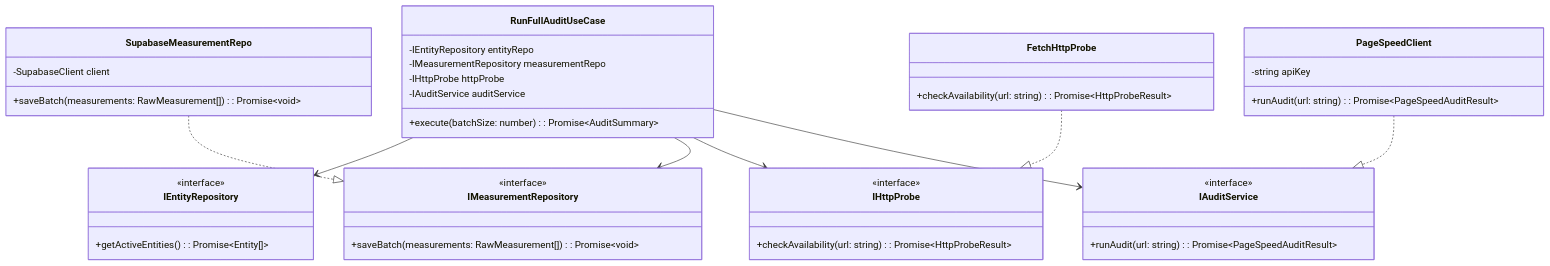
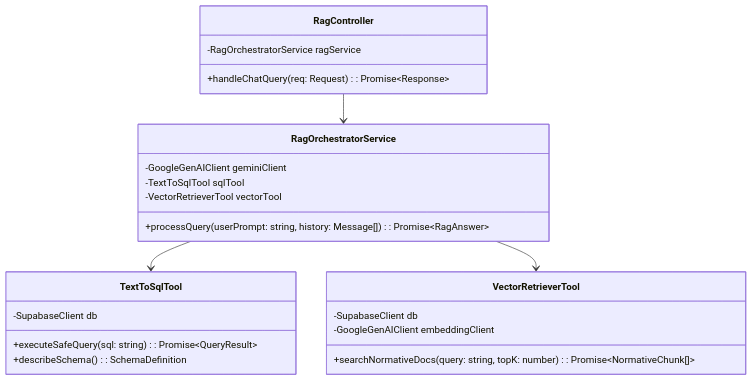
The third of 3 diagrams in docs/architecture/arquitectura_del_sistema.md (yhuayhuahi/Observatorio_Digital), drawn with Mermaid before and after one commit. The commit also changed other lines of this file and 84 other files, not shown here.

````diff
--- a/docs/architecture/arquitectura_del_sistema.md
+++ b/docs/architecture/arquitectura_del_sistema.md
@@ -212,53 +285,30 @@
 ```mermaid
 classDiagram
-    class RunFullAuditUseCase {
-        -IEntityRepository entityRepo
-        -IMeasurementRepository measurementRepo
-        -IHttpProbe httpProbe
-        -IAuditService auditService
-        +execute(batchSize: number): Promise~AuditSummary~
+    class RagController {
+        -RagOrchestratorService ragService
+        +handleChatQuery(req: Request): Promise~Response~
     }
 
-    class IEntityRepository {
-        <<interface>>
-        +getActiveEntities(): Promise~Entity[]~
+    class RagOrchestratorService {
+        -GoogleGenAIClient geminiClient
+        -TextToSqlTool sqlTool
+        -VectorRetrieverTool vectorTool
+        +processQuery(userPrompt: string, history: Message[]): Promise~RagAnswer~
     }
 
-    class IMeasurementRepository {
-        <<interface>>
-        +saveBatch(measurements: RawMeasurement[]): Promise~void~
+    class TextToSqlTool {
+        -SupabaseClient db
+        +executeSafeQuery(sql: string): Promise~QueryResult~
+        +describeSchema(): SchemaDefinition
     }
 
-    class IHttpProbe {
-        <<interface>>
-        +checkAvailability(url: string): Promise~HttpProbeResult~
+    class VectorRetrieverTool {
+        -SupabaseClient db
+        -GoogleGenAIClient embeddingClient
+        +searchNormativeDocs(query: string, topK: number): Promise~NormativeChunk[]~
     }
 
-    class IAuditService {
-        <<interface>>
-        +runAudit(url: string): Promise~PageSpeedAuditResult~
-    }
-
-    class FetchHttpProbe {
-        +checkAvailability(url: string): Promise~HttpProbeResult~
-    }
-
-    class PageSpeedClient {
-        -string apiKey
-        +runAudit(url: string): Promise~PageSpeedAuditResult~
-    }
-
-    class SupabaseMeasurementRepo {
-        -SupabaseClient client
-        +saveBatch(measurements: RawMeasurement[]): Promise~void~
-    }
-
-    RunFullAuditUseCase --> IEntityRepository
-    RunFullAuditUseCase --> IMeasurementRepository
-    RunFullAuditUseCase --> IHttpProbe
-    RunFullAuditUseCase --> IAuditService
-
-    FetchHttpProbe ..|> IHttpProbe
-    PageSpeedClient ..|> IAuditService
-    SupabaseMeasurementRepo ..|> IMeasurementRepository
+    RagController --> RagOrchestratorService
+    RagOrchestratorService --> TextToSqlTool
+    RagOrchestratorService --> VectorRetrieverTool
 ```
````
